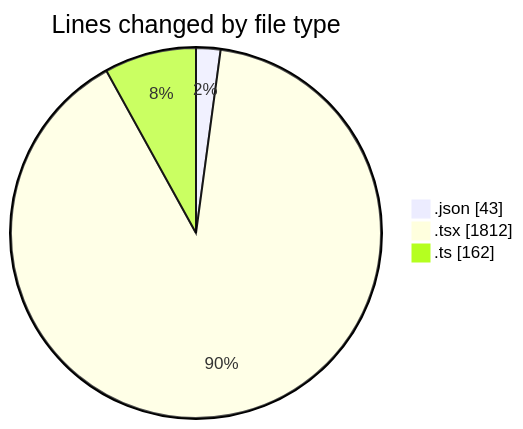
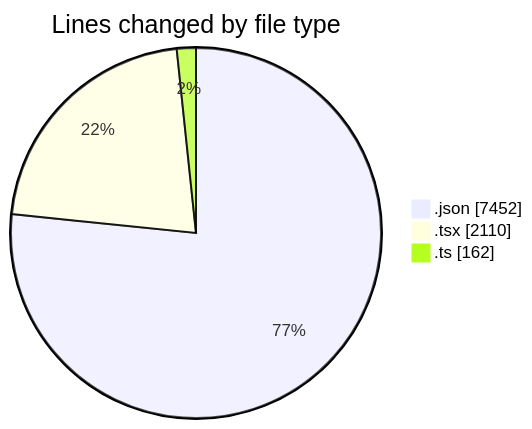
One commit to CELIANVF/code-tracking changed the first of 2 diagrams in 2025-06-10/ecodeli-1/README.md. Above: the diagram before and after it, drawn with Mermaid. The commit also changed other lines of this file and 1 other file, not shown here.

````diff
--- a/2025-06-10/ecodeli-1/README.md
+++ b/2025-06-10/ecodeli-1/README.md
@@ -26,7 +29,7 @@
 ```mermaid
 pie showData
 title Lines changed by file type
-".json" : 43
-".tsx" : 1812
+".json" : 7452
+".tsx" : 2110
 ".ts" : 162
 ```
````
